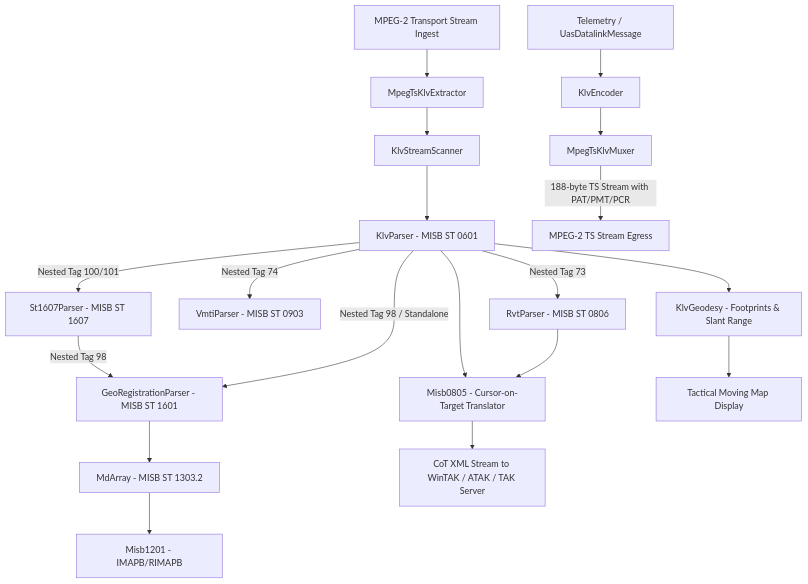
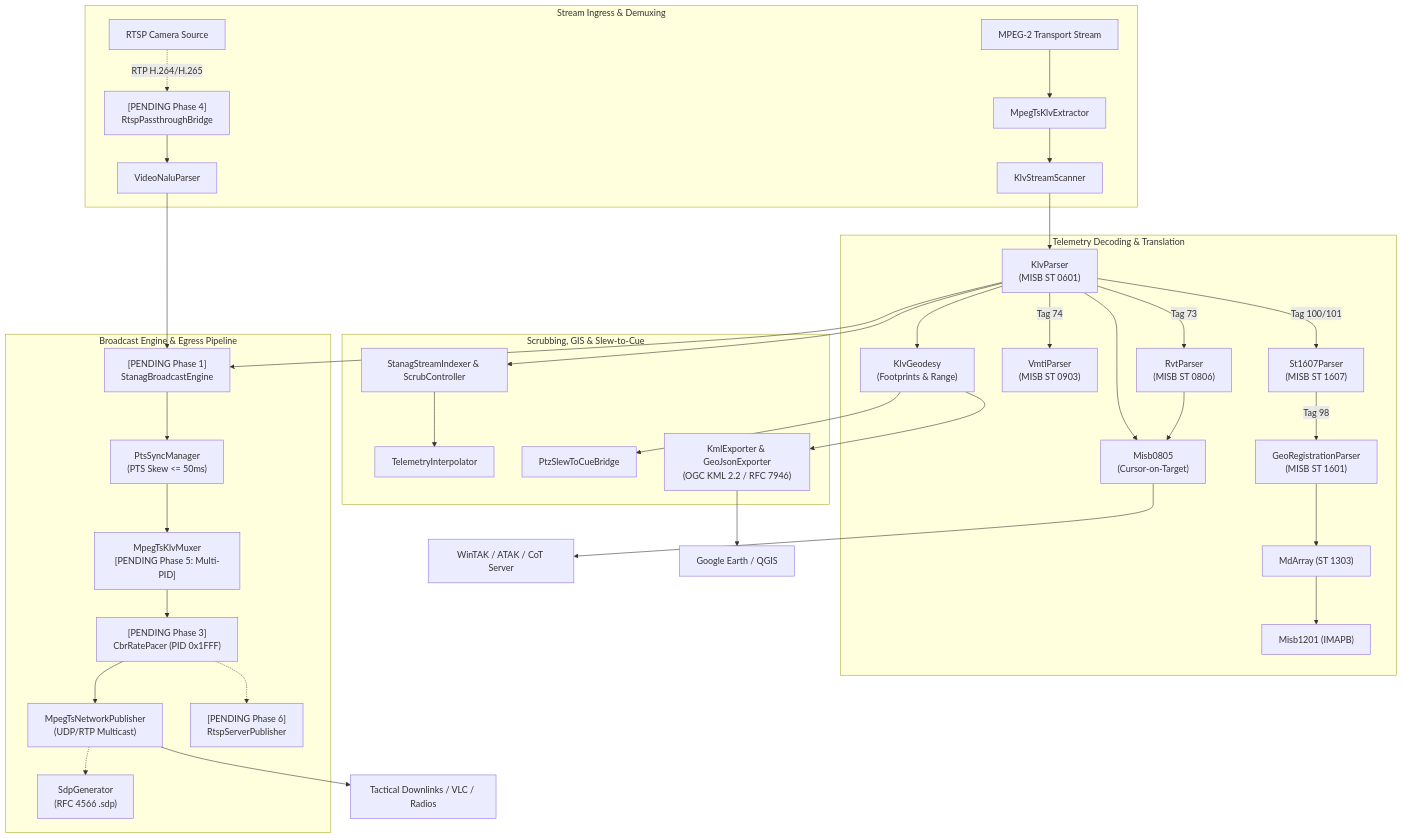
One commit to svagionitis/PelcoD-Controller changed the diagram in docs/KLV_Features.md. Above: the diagram before and after it, drawn with Mermaid. The commit also changed other lines of this file and 7 other files, not shown here.

First line of the commit message:
feat(klv): add StanagBroadcastEngine orchestrator

````diff
--- a/docs/KLV_Features.md
+++ b/docs/KLV_Features.md
@@ -91,26 +108,45 @@
 ```mermaid
-graph TD
-    TS_IN[MPEG-2 Transport Stream Ingest] --> Extractor[MpegTsKlvExtractor]
-    Extractor --> Scanner[KlvStreamScanner]
-    Scanner --> ST0601[KlvParser - MISB ST 0601]
+flowchart TD
+    subgraph Ingest["Stream Ingress & Demuxing"]
+        TS_IN["MPEG-2 Transport Stream"] --> Extractor["MpegTsKlvExtractor"]
+        Extractor --> Scanner["KlvStreamScanner"]
+        RTSP_IN["RTSP Camera Source"] -.->|RTP H.264/H.265| RTSP_BRG["[PENDING Phase 4]<br/>RtspPassthroughBridge"]
+        RTSP_BRG --> NALU["VideoNaluParser"]
+    end
 
-    ST0601 -->|Nested Tag 73| RVT[RvtParser - MISB ST 0806]
-    ST0601 -->|Nested Tag 74| VMTI[VmtiParser - MISB ST 0903]
-    ST0601 -->|Nested Tag 100/101| ST1607[St1607Parser - MISB ST 1607]
-    ST1607 -->|Nested Tag 98| GEOR[GeoRegistrationParser - MISB ST 1601]
-    ST0601 -->|Nested Tag 98 / Standalone| GEOR
+    subgraph MetadataDecoding["Telemetry Decoding & Translation"]
+        Scanner --> ST0601["KlvParser<br/>(MISB ST 0601)"]
+        ST0601 -->|Tag 73| RVT["RvtParser<br/>(MISB ST 0806)"]
+        ST0601 -->|Tag 74| VMTI["VmtiParser<br/>(MISB ST 0903)"]
+        ST0601 -->|Tag 100/101| ST1607["St1607Parser<br/>(MISB ST 1607)"]
+        ST1607 -->|Tag 98| GEOR["GeoRegistrationParser<br/>(MISB ST 1601)"]
+        GEOR --> MDARRAY["MdArray (ST 1303)"]
+        MDARRAY --> MISB1201["Misb1201 (IMAPB)"]
 
-    GEOR --> MDARRAY[MdArray - MISB ST 1303.2]
-    MDARRAY --> MISB1201[Misb1201 - IMAPB/RIMAPB]
+        ST0601 --> GEODESY["KlvGeodesy<br/>(Footprints & Range)"]
+        ST0601 --> COT["Misb0805<br/>(Cursor-on-Target)"]
+        RVT --> COT
+    end
 
-    ST0601 --> GEODESY[KlvGeodesy - Footprints & Slant Range]
-    ST0601 --> COT[Misb0805 - Cursor-on-Target Translator]
-    RVT --> COT
+    subgraph ScrubbingAndGis["Scrubbing, GIS & Slew-to-Cue"]
+        ST0601 --> INDEXER["StanagStreamIndexer & ScrubController"]
+        INDEXER --> INTERP["TelemetryInterpolator"]
+        GEODESY --> SLEW["PtzSlewToCueBridge"]
+        GEODESY --> GIS["KmlExporter & GeoJsonExporter<br/>(OGC KML 2.2 / RFC 7946)"]
+    end
 
-    COT --> TAK[CoT XML Stream to WinTAK / ATAK / TAK Server]
-    GEODESY --> MAP[Tactical Moving Map Display]
+    subgraph BroadcastOrchestration["Broadcast Engine & Egress Pipeline"]
+        NALU --> ORCH["[PENDING Phase 1]<br/>StanagBroadcastEngine"]
+        ST0601 --> ORCH
+        ORCH --> SYNC["PtsSyncManager<br/>(PTS Skew <= 50ms)"]
+        SYNC --> MUX["MpegTsKlvMuxer<br/>[PENDING Phase 5: Multi-PID]"]
+        MUX --> PACER["[PENDING Phase 3]<br/>CbrRatePacer (PID 0x1FFF)"]
+        PACER --> PUB["MpegTsNetworkPublisher<br/>(UDP/RTP Multicast)"]
+        PACER -.-> RTSP_SRV["[PENDING Phase 6]<br/>RtspServerPublisher"]
+        PUB -.-> SDP["SdpGenerator<br/>(RFC 4566 .sdp)"]
+    end
 
-    MSG[Telemetry / UasDatalinkMessage] --> Encoder[KlvEncoder]
-    Encoder --> Muxer[MpegTsKlvMuxer]
-    Muxer -->|188-byte TS Stream with PAT/PMT/PCR| TS_OUT[MPEG-2 TS Stream Egress]
+    COT --> TAK["WinTAK / ATAK / CoT Server"]
+    GIS --> EARTH["Google Earth / QGIS"]
+    PUB --> NET["Tactical Downlinks / VLC / Radios"]
 ```
````
